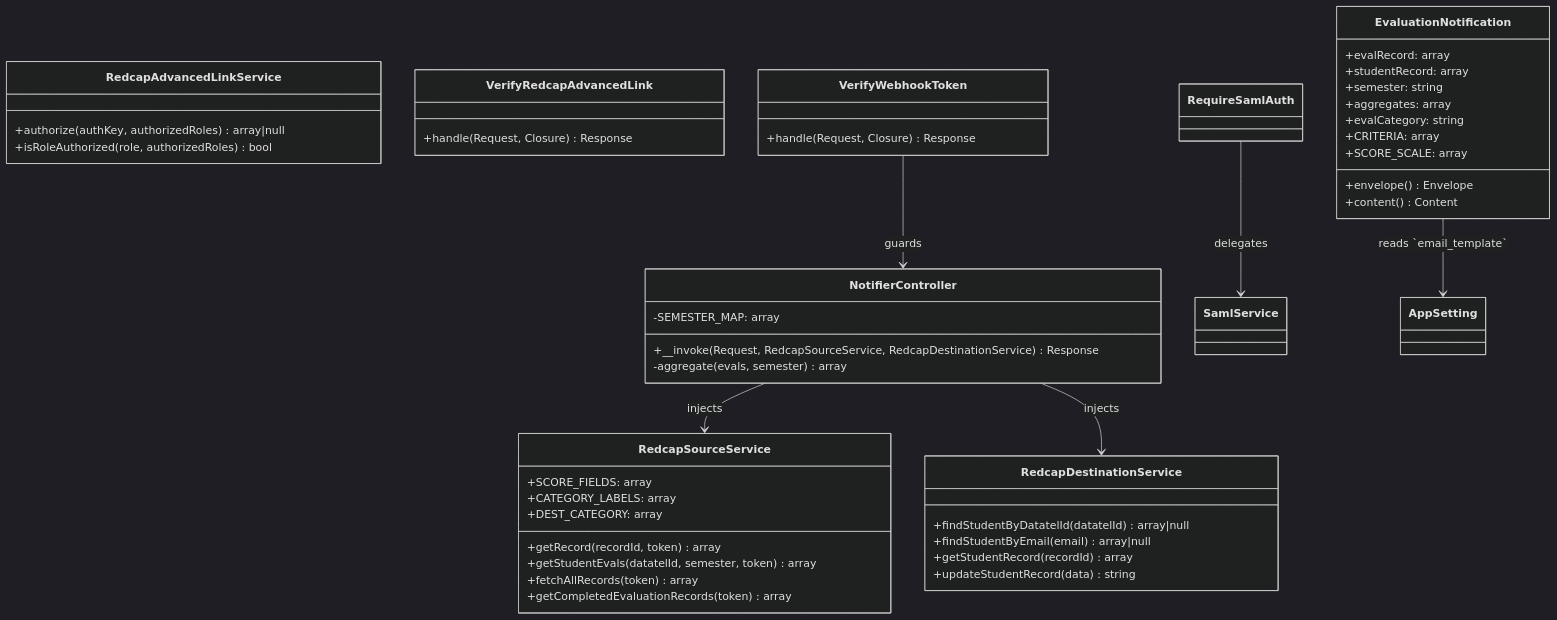
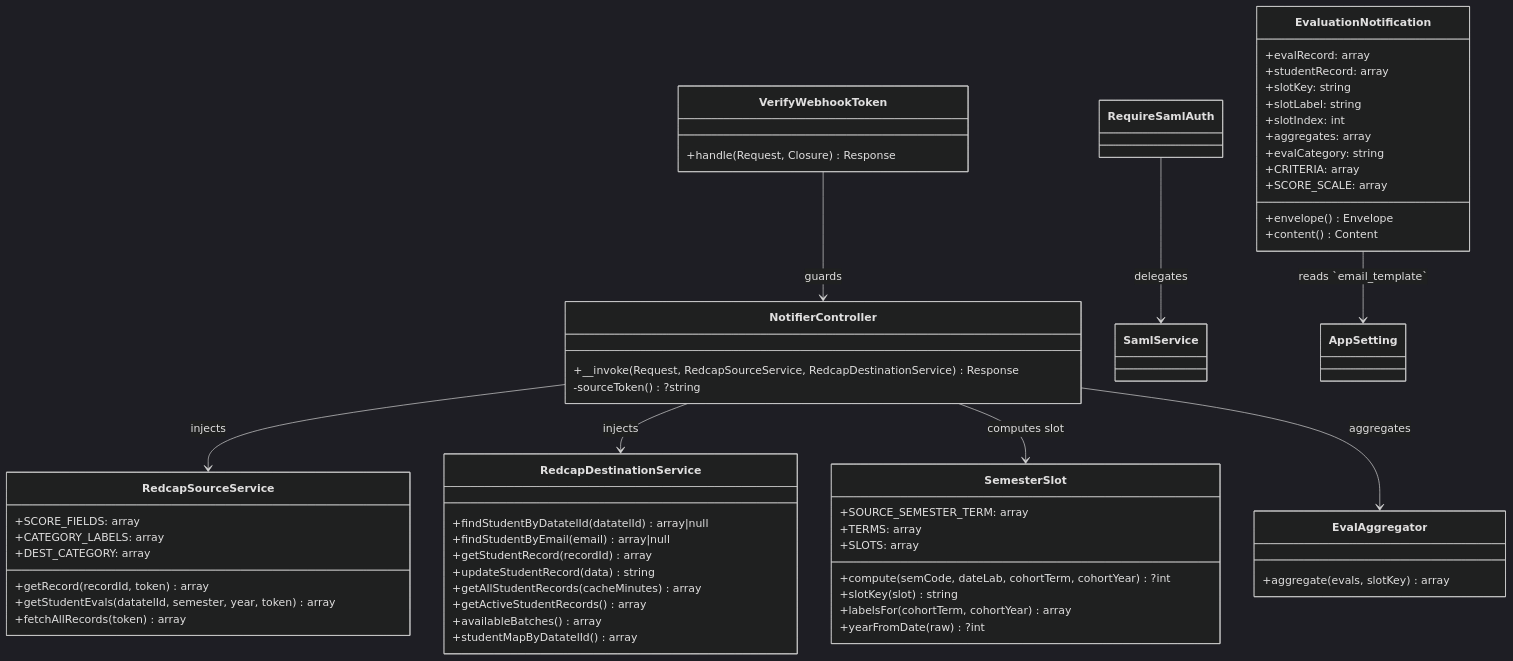
One commit to com-atg/OMM-SE changed the third of 7 diagrams in Docs/architecture.md. Above: the diagram before and after it, drawn with Mermaid (dark theme). The commit also changed other lines of this file and 69 other files, not shown here.

````diff
--- a/Docs/architecture.md
+++ b/Docs/architecture.md
@@ -71,56 +71,67 @@
 ```mermaid
 classDiagram
     class NotifierController {
         +__invoke(Request, RedcapSourceService, RedcapDestinationService) Response
-        -aggregate(evals, semester) array
-        -SEMESTER_MAP: array
+        -sourceToken() ?string
     }
 
     class RedcapSourceService {
         +getRecord(recordId, token) array
-        +getStudentEvals(datatelId, semester, token) array
+        +getStudentEvals(datatelId, semester, year, token) array
         +fetchAllRecords(token) array
-        +getCompletedEvaluationRecords(token) array
         +SCORE_FIELDS: array
         +CATEGORY_LABELS: array
         +DEST_CATEGORY: array
     }
 
     class RedcapDestinationService {
         +findStudentByDatatelId(datatelId) array|null
         +findStudentByEmail(email) array|null
         +getStudentRecord(recordId) array
         +updateStudentRecord(data) string
+        +getAllStudentRecords(cacheMinutes) array
+        +getActiveStudentRecords() array
+        +availableBatches() array
+        +studentMapByDatatelId() array
     }
 
-    class RedcapAdvancedLinkService {
-        +authorize(authKey, authorizedRoles) array|null
-        +isRoleAuthorized(role, authorizedRoles) bool
+    class SemesterSlot {
+        +SOURCE_SEMESTER_TERM: array
+        +TERMS: array
+        +SLOTS: array
+        +compute(semCode, dateLab, cohortTerm, cohortYear) ?int
+        +slotKey(slot) string
+        +labelsFor(cohortTerm, cohortYear) array
+        +yearFromDate(raw) ?int
     }
 
-    class VerifyRedcapAdvancedLink {
-        +handle(Request, Closure) Response
+    class EvalAggregator {
+        +aggregate(evals, slotKey) array
     }
 
     class VerifyWebhookToken {
         +handle(Request, Closure) Response
     }
 
     class EvaluationNotification {
         +evalRecord: array
         +studentRecord: array
-        +semester: string
+        +slotKey: string
+        +slotLabel: string
+        +slotIndex: int
         +aggregates: array
         +evalCategory: string
         +CRITERIA: array
         +SCORE_SCALE: array
         +envelope() Envelope
         +content() Content
     }
 
     NotifierController --> RedcapSourceService : injects
     NotifierController --> RedcapDestinationService : injects
+    NotifierController --> SemesterSlot : computes slot
+    NotifierController --> EvalAggregator : aggregates
     RequireSamlAuth --> SamlService : delegates
     VerifyWebhookToken --> NotifierController : guards
     EvaluationNotification --> AppSetting : reads `email_template`
 ```
````
